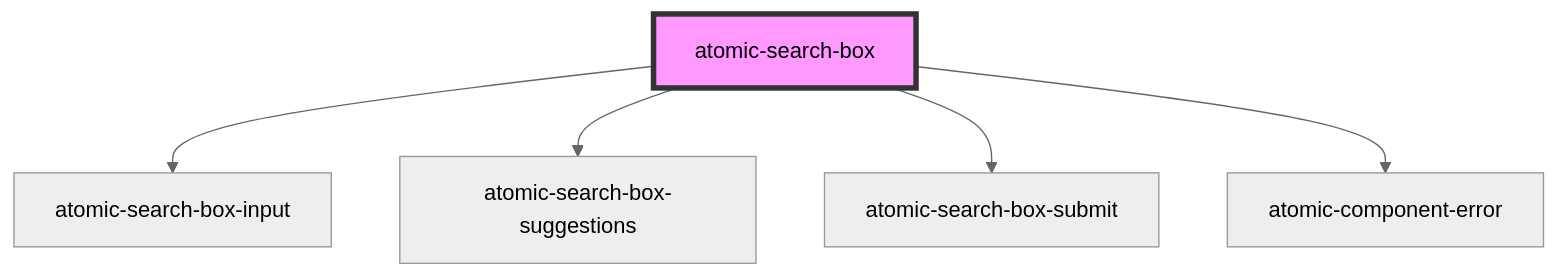
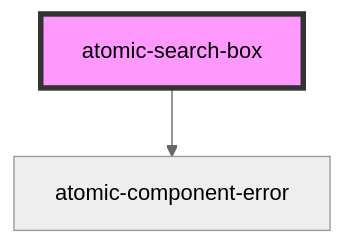
Before and after one commit to coveo/ui-kit: the diagram in packages/atomic/src/components/atomic-search-box/readme.md, drawn with Mermaid (neutral theme). The commit also changed other lines of this file and 28 other files, not shown here.

Commit message:
feat(atomic): Add Search Box interactivity and remove sub components https://coveord.atlassian.net/browse/KIT-182

````diff
--- a/packages/atomic/src/components/atomic-search-box/readme.md
+++ b/packages/atomic/src/components/atomic-search-box/readme.md
@@ -51,8 +59,5 @@
 ```mermaid
 graph TD;
-  atomic-search-box --> atomic-search-box-input
-  atomic-search-box --> atomic-search-box-suggestions
-  atomic-search-box --> atomic-search-box-submit
   atomic-search-box --> atomic-component-error
   style atomic-search-box fill:#f9f,stroke:#333,stroke-width:4px
 ```
````
